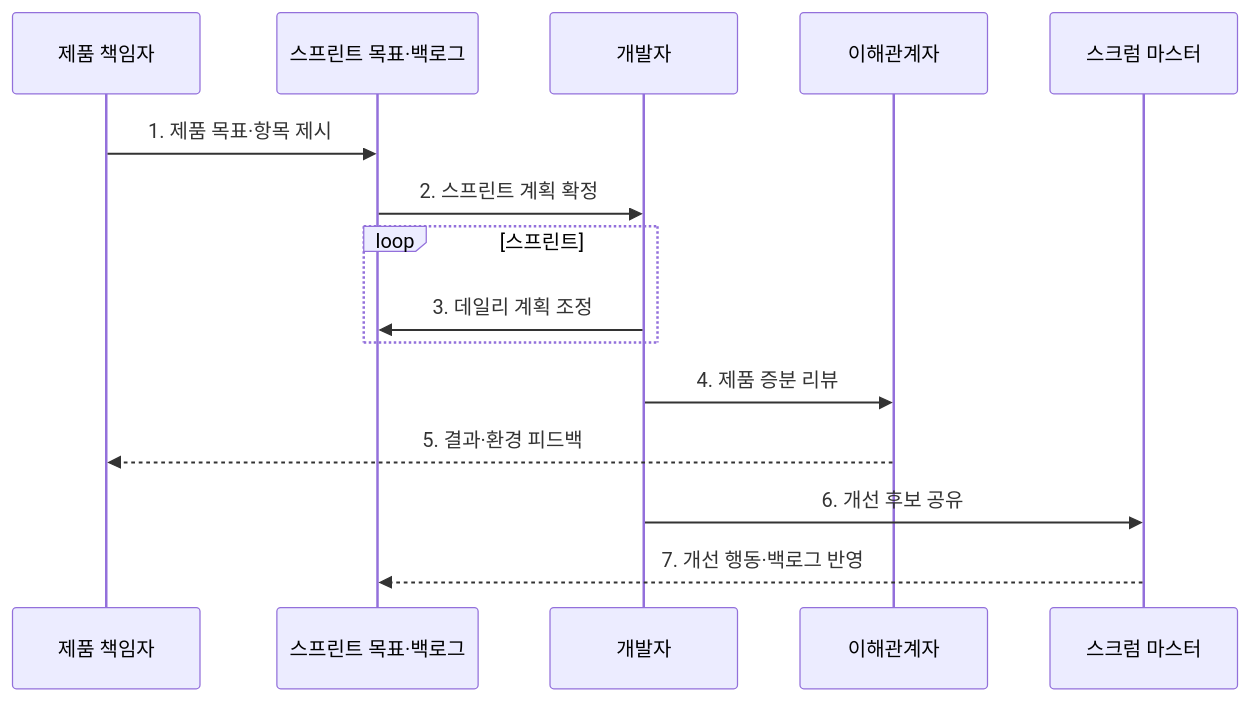
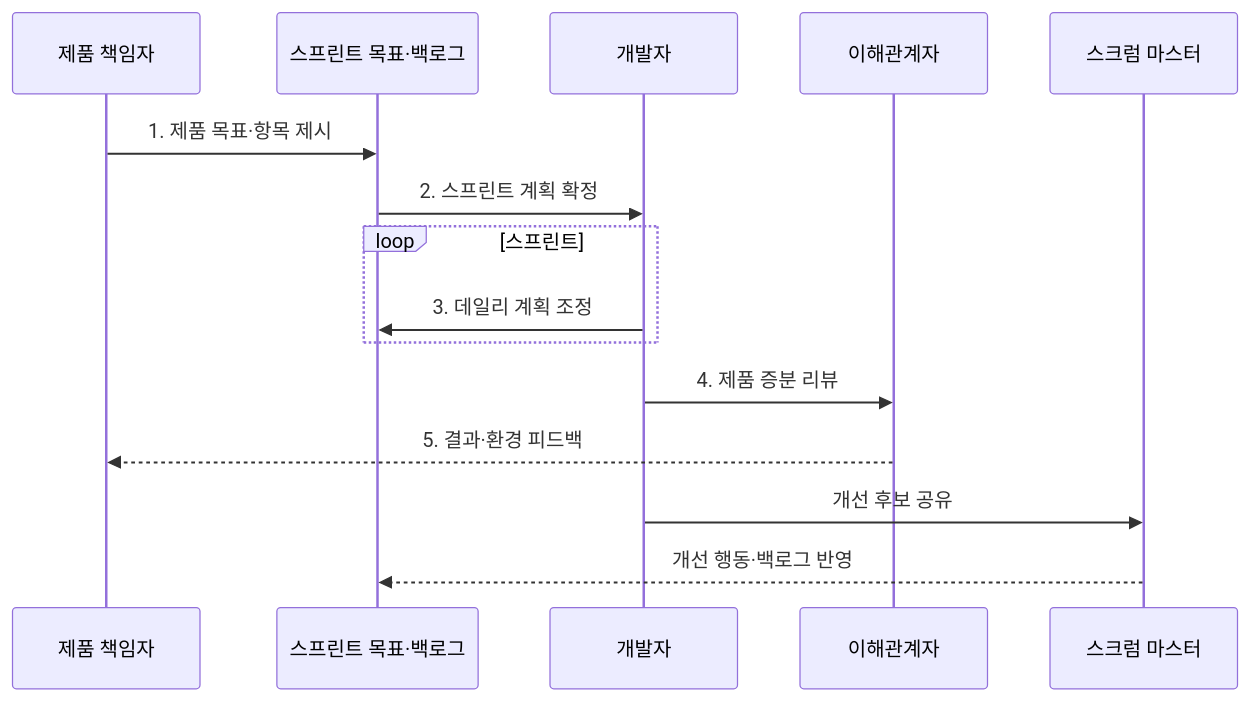
The second of 2 diagrams in src/content/docs/notes/03-software/032_agile_scrum.md (agnusdei1207/knowledge-base), drawn with Mermaid before and after one commit. The commit also changed other lines of this file and 238 other files, not shown here.

````diff
--- a/src/content/docs/notes/03-software/032_agile_scrum.md
+++ b/src/content/docs/notes/03-software/032_agile_scrum.md
@@ -87,17 +89,17 @@
 ```mermaid
 sequenceDiagram
     participant O as 제품 책임자
     participant B as 스프린트 목표·백로그
     participant D as 개발자
     participant S as 이해관계자
     participant M as 스크럼 마스터
     O->>B: 1. 제품 목표·항목 제시
     B->>D: 2. 스프린트 계획 확정
     loop 스프린트
         D->>B: 3. 데일리 계획 조정
     end
     D->>S: 4. 제품 증분 리뷰
     S-->>O: 5. 결과·환경 피드백
-    D->>M: 6. 개선 후보 공유
-    M-->>B: 7. 개선 행동·백로그 반영
+    D->>M: 개선 후보 공유
+    M-->>B: 개선 행동·백로그 반영
 ```
````
